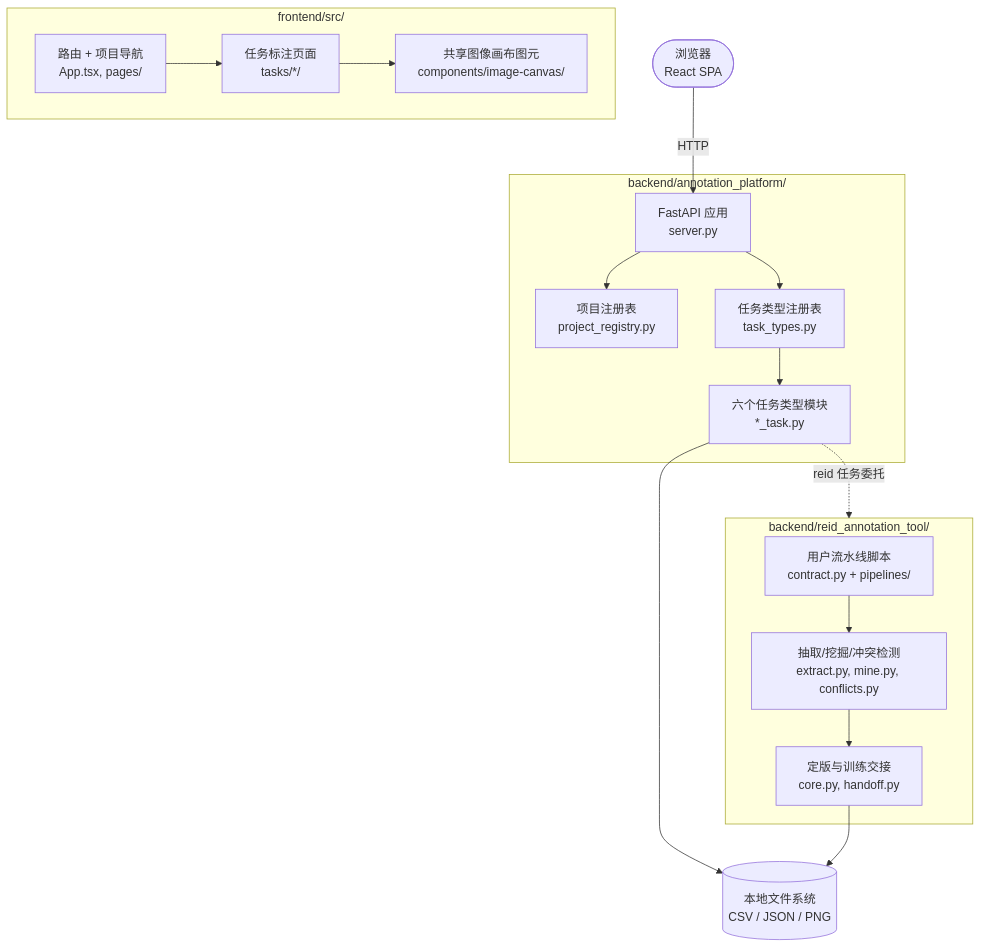
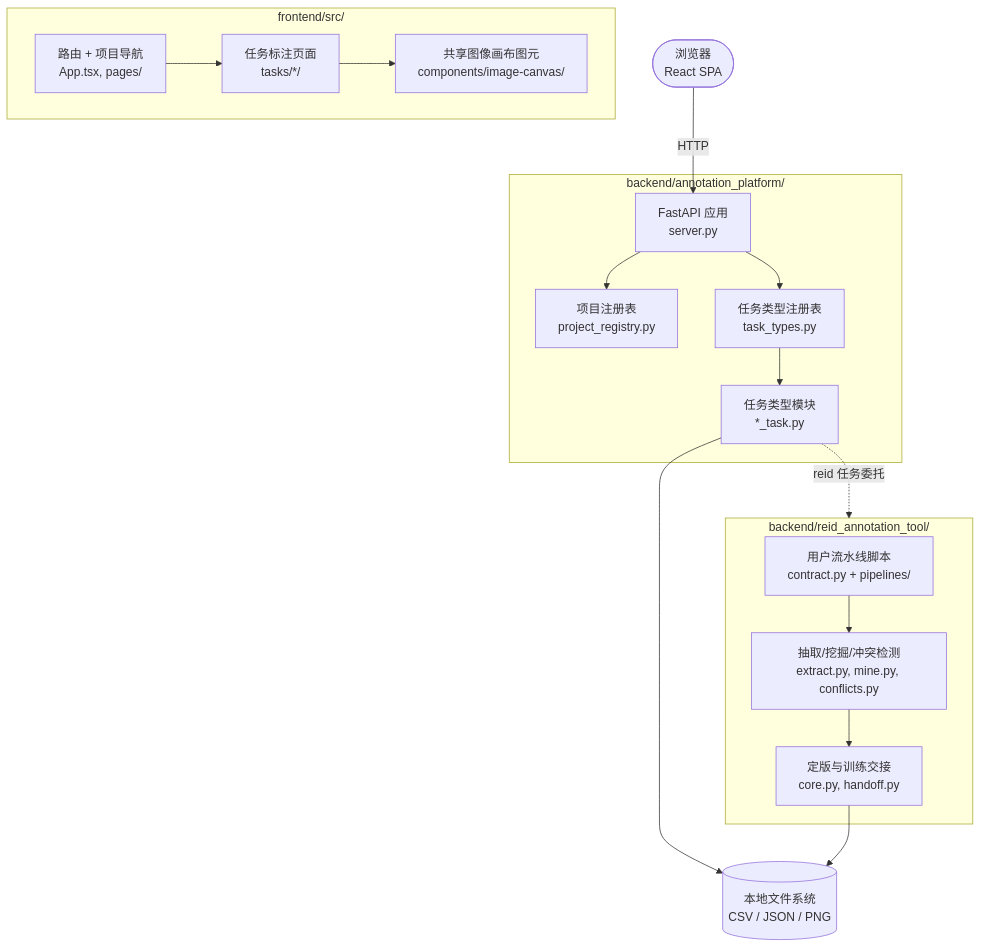
The diagram in docs/detailed_design/00_概述.md (seagochen/annotation-toolkits), drawn with Mermaid before and after one commit. The commit also changed other lines of this file and 31 other files, not shown here.

````diff
--- a/docs/detailed_design/00_概述.md
+++ b/docs/detailed_design/00_概述.md
@@ -93,31 +97,31 @@
 ```mermaid
 flowchart TD
     Browser(["浏览器<br/>React SPA"])
     subgraph Frontend["frontend/src/"]
         Router["路由 + 项目导航<br/>App.tsx, pages/"]
         Canvas["共享图像画布图元<br/>components/image-canvas/"]
         Tasks["任务标注页面<br/>tasks/*/"]
         Router --> Tasks
         Tasks --> Canvas
     end
     subgraph Backend["backend/annotation_platform/"]
         API["FastAPI 应用<br/>server.py"]
         Registry["项目注册表<br/>project_registry.py"]
         Types["任务类型注册表<br/>task_types.py"]
-        Modules["六个任务类型模块<br/>*_task.py"]
+        Modules["任务类型模块<br/>*_task.py"]
         API --> Registry
         API --> Types
         Types --> Modules
     end
     subgraph ReIDPkg["backend/reid_annotation_tool/"]
         Pipeline["用户流水线脚本<br/>contract.py + pipelines/"]
         Mine["抽取/挖掘/冲突检测<br/>extract.py, mine.py, conflicts.py"]
         Handoff["定版与训练交接<br/>core.py, handoff.py"]
     end
     Files[("本地文件系统<br/>CSV / JSON / PNG")]
 
     Browser -- "HTTP" --> API
     Modules --> Files
     Modules -. "reid 任务委托" .-> ReIDPkg
     Pipeline --> Mine --> Handoff --> Files
 ```
````
